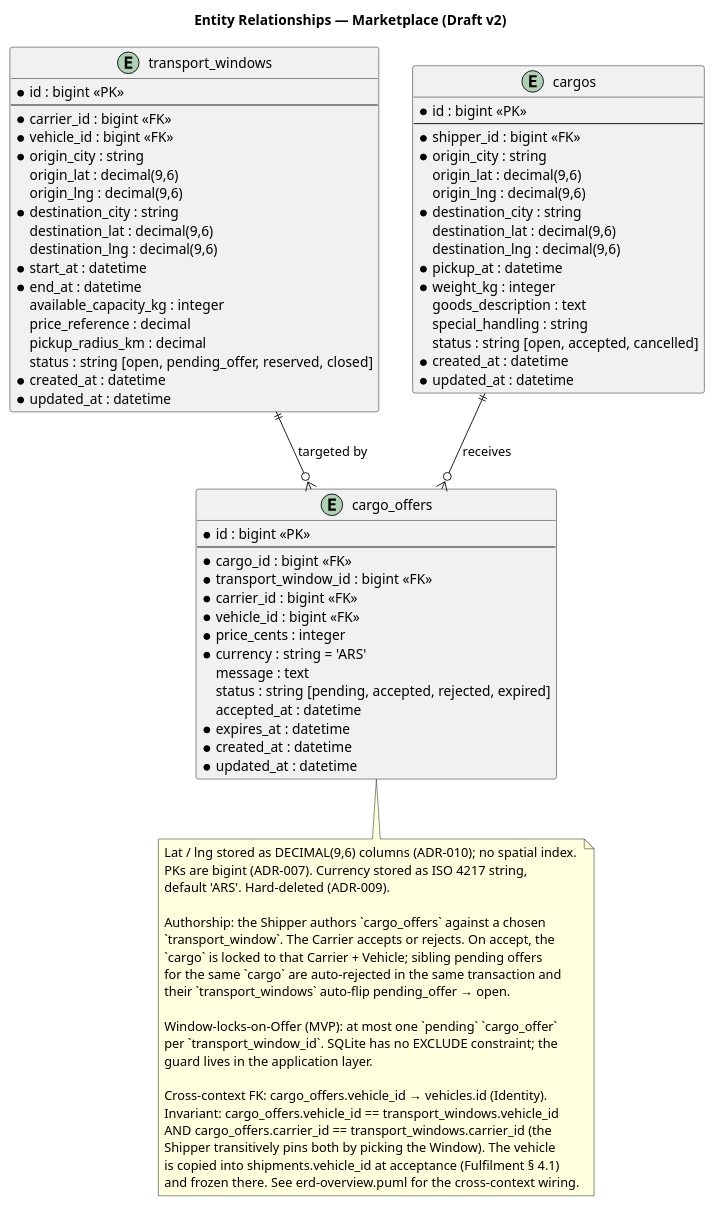
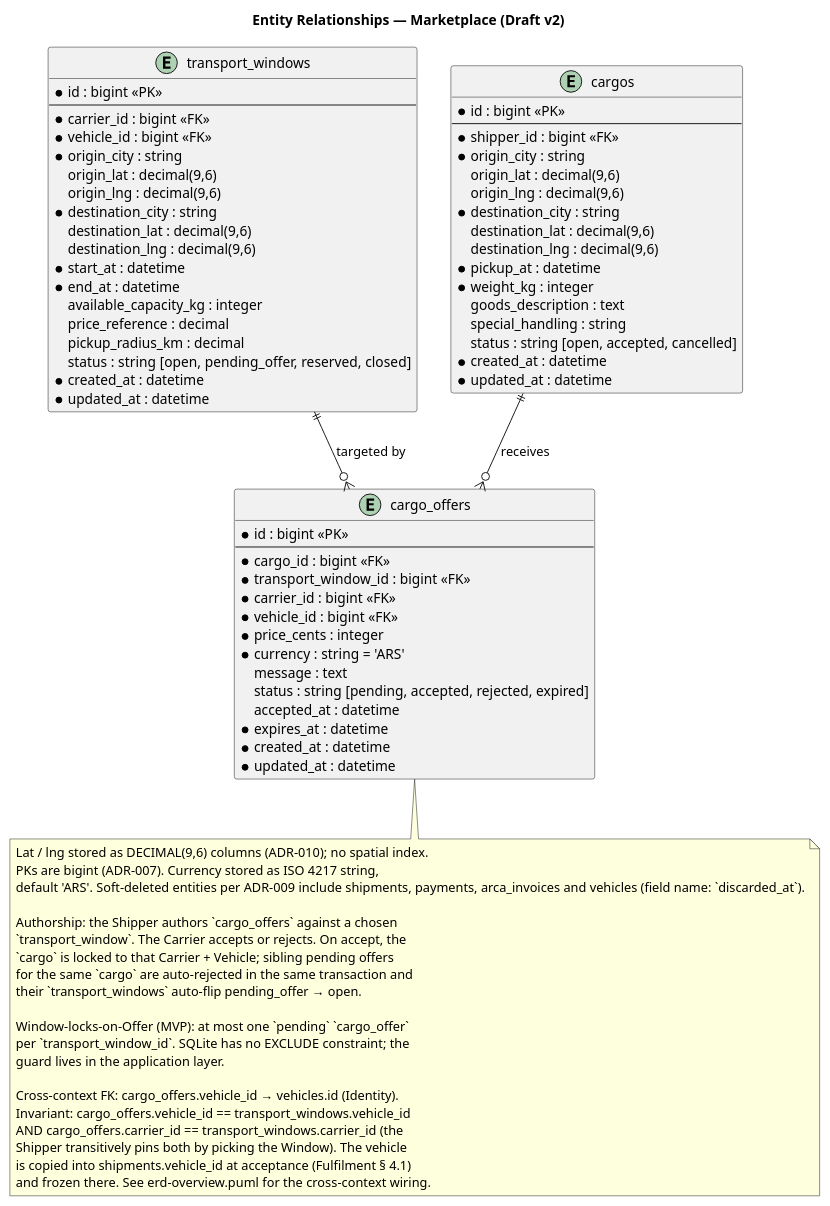
The diagram in docs/04-database-diagrams/erd-marketplace.puml (matias-ferrero/Truckr), drawn with PlantUML before and after one commit. The commit also changed 24 other files, not shown here.

Commit message:
feat(vehicles): implemented soft deletion of vehicles (#275)

```diff
--- a/docs/04-database-diagrams/erd-marketplace.puml
+++ b/docs/04-database-diagrams/erd-marketplace.puml
@@ -1,87 +1,87 @@
 @startuml erd-marketplace
 title Entity Relationships — Marketplace (Draft v2)
 
 entity "transport_windows" as tw {
   * id : bigint <<PK>>
   --
   * carrier_id : bigint <<FK>>
   * vehicle_id : bigint <<FK>>
   * origin_city : string
   origin_lat : decimal(9,6)
   origin_lng : decimal(9,6)
   * destination_city : string
   destination_lat : decimal(9,6)
   destination_lng : decimal(9,6)
   * start_at : datetime
   * end_at : datetime
   available_capacity_kg : integer
   price_reference : decimal
   pickup_radius_km : decimal
   status : string [open, pending_offer, reserved, closed]
   * created_at : datetime
   * updated_at : datetime
 }
 
 entity "cargos" as c {
   * id : bigint <<PK>>
   --
   * shipper_id : bigint <<FK>>
   * origin_city : string
   origin_lat : decimal(9,6)
   origin_lng : decimal(9,6)
   * destination_city : string
   destination_lat : decimal(9,6)
   destination_lng : decimal(9,6)
   * pickup_at : datetime
   * weight_kg : integer
   goods_description : text
   special_handling : string
   status : string [open, accepted, cancelled]
   * created_at : datetime
   * updated_at : datetime
 }
 
 entity "cargo_offers" as co {
   * id : bigint <<PK>>
   --
   * cargo_id : bigint <<FK>>
   * transport_window_id : bigint <<FK>>
   * carrier_id : bigint <<FK>>
   * vehicle_id : bigint <<FK>>
   * price_cents : integer
   * currency : string = 'ARS'
   message : text
   status : string [pending, accepted, rejected, expired]
   accepted_at : datetime
   * expires_at : datetime
   * created_at : datetime
   * updated_at : datetime
 }
 
 c ||--o{ co : "receives"
 tw ||--o{ co : "targeted by"
 
 note bottom
   Lat / lng stored as DECIMAL(9,6) columns (ADR-010); no spatial index.
   PKs are bigint (ADR-007). Currency stored as ISO 4217 string,
-  default 'ARS'. Hard-deleted (ADR-009).
+  default 'ARS'. Soft-deleted entities per ADR-009 include shipments, payments, arca_invoices and vehicles (field name: `discarded_at`).
 
   Authorship: the Shipper authors `cargo_offers` against a chosen
   `transport_window`. The Carrier accepts or rejects. On accept, the
   `cargo` is locked to that Carrier + Vehicle; sibling pending offers
   for the same `cargo` are auto-rejected in the same transaction and
   their `transport_windows` auto-flip pending_offer → open.
 
   Window-locks-on-Offer (MVP): at most one `pending` `cargo_offer`
   per `transport_window_id`. SQLite has no EXCLUDE constraint; the
   guard lives in the application layer.
 
   Cross-context FK: cargo_offers.vehicle_id → vehicles.id (Identity).
   Invariant: cargo_offers.vehicle_id == transport_windows.vehicle_id
   AND cargo_offers.carrier_id == transport_windows.carrier_id (the
   Shipper transitively pins both by picking the Window). The vehicle
   is copied into shipments.vehicle_id at acceptance (Fulfilment § 4.1)
   and frozen there. See erd-overview.puml for the cross-context wiring.
 end note
 
 @enduml
```
